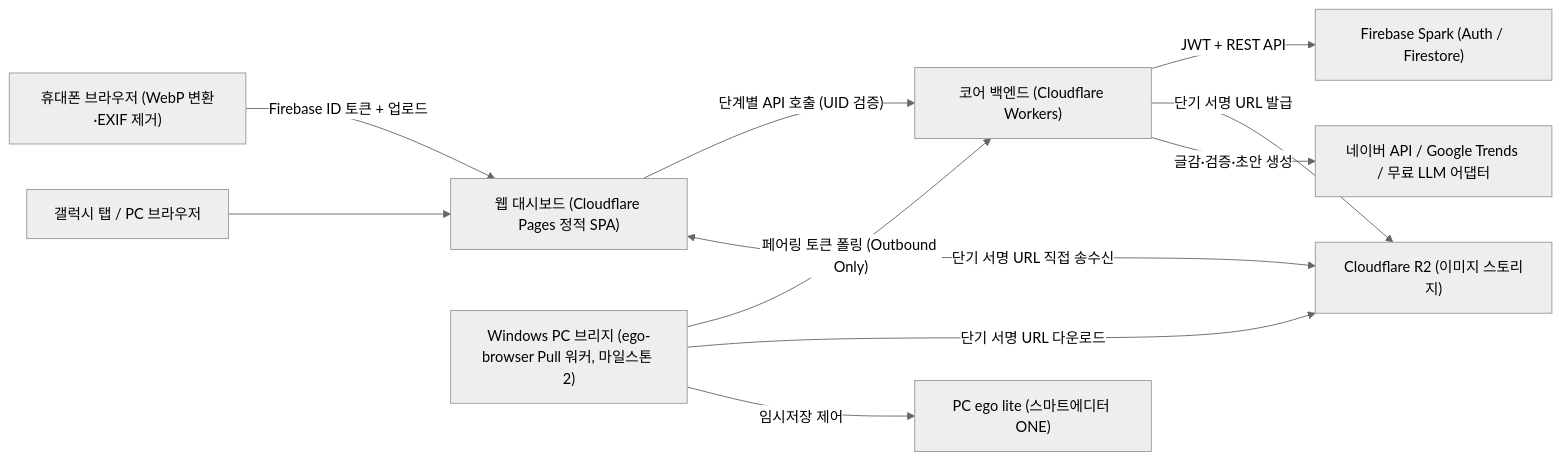
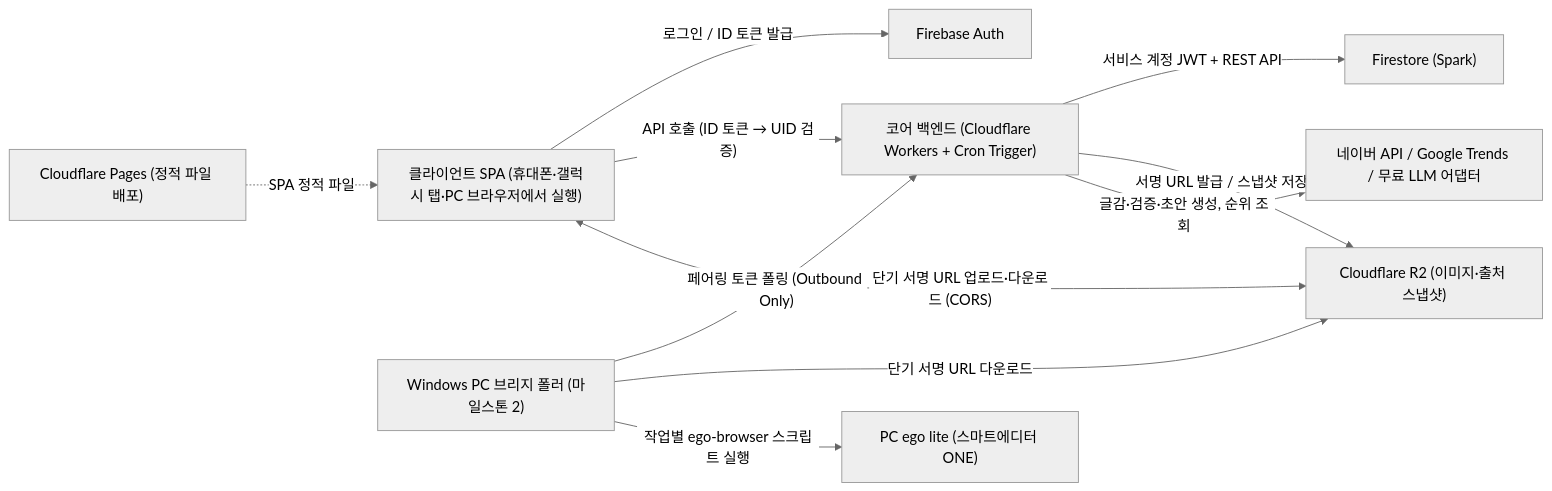
Before and after one commit to smilejk930/content-desk: the first of 2 diagrams in design_draft.md, drawn with Mermaid (neutral theme). The commit also changed other lines of this file and 1 other file, not shown here.

````diff
--- a/design_draft.md
+++ b/design_draft.md
@@ -105,13 +106,13 @@
 ```mermaid
 flowchart LR
-    Phone["휴대폰 브라우저 (WebP 변환·EXIF 제거)"] -->|"Firebase ID 토큰 + 업로드"| Pages["웹 대시보드 (Cloudflare Pages 정적 SPA)"]
-    Tab["갤럭시 탭 / PC 브라우저"] --> Pages
-    Pages -->|"단계별 API 호출 (UID 검증)"| Workers["코어 백엔드 (Cloudflare Workers)"]
-    Workers -->|"JWT + REST API"| Firestore["Firebase Spark (Auth / Firestore)"]
-    Workers -->|"단기 서명 URL 발급"| R2["Cloudflare R2 (이미지 스토리지)"]
-    Pages <-->|"단기 서명 URL 직접 송수신"| R2
-    Workers -->|"글감·검증·초안 생성"| External["네이버 API / Google Trends / 무료 LLM 어댑터"]
-    Bridge["Windows PC 브리지 (ego-browser Pull 워커, 마일스톤 2)"] -->|"페어링 토큰 폴링 (Outbound Only)"| Workers
+    Pages["Cloudflare Pages (정적 파일 배포)"] -.->|"SPA 정적 파일"| Client["클라이언트 SPA (휴대폰·갤럭시 탭·PC 브라우저에서 실행)"]
+    Client -->|"로그인 / ID 토큰 발급"| Auth["Firebase Auth"]
+    Client -->|"API 호출 (ID 토큰 → UID 검증)"| Workers["코어 백엔드 (Cloudflare Workers + Cron Trigger)"]
+    Client <-->|"단기 서명 URL 업로드·다운로드 (CORS)"| R2["Cloudflare R2 (이미지·출처 스냅샷)"]
+    Workers -->|"서비스 계정 JWT + REST API"| Firestore["Firestore (Spark)"]
+    Workers -->|"서명 URL 발급 / 스냅샷 저장"| R2
+    Workers -->|"글감·검증·초안 생성, 순위 조회"| External["네이버 API / Google Trends / 무료 LLM 어댑터"]
+    Bridge["Windows PC 브리지 폴러 (마일스톤 2)"] -->|"페어링 토큰 폴링 (Outbound Only)"| Workers
     Bridge -->|"단기 서명 URL 다운로드"| R2
-    Bridge -->|"임시저장 제어"| Ego["PC ego lite (스마트에디터 ONE)"]
+    Bridge -->|"작업별 ego-browser 스크립트 실행"| Ego["PC ego lite (스마트에디터 ONE)"]
 ```
````
